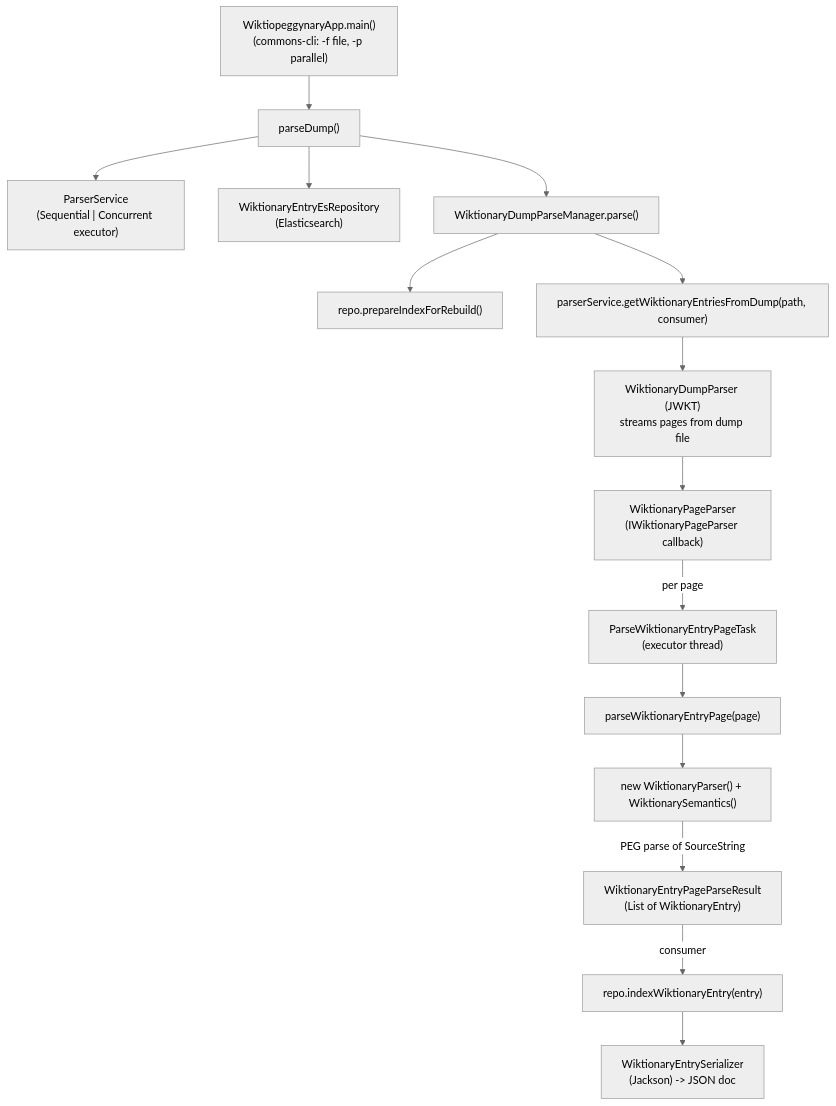
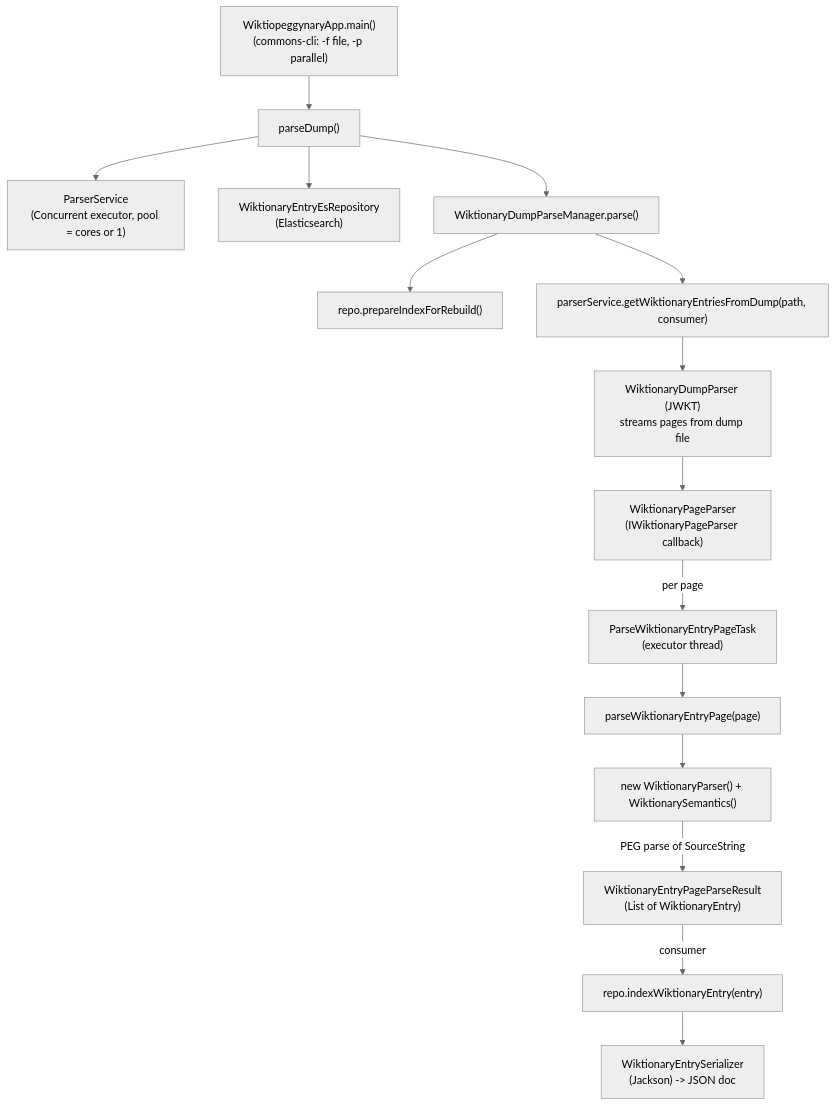
The diagram in ARCHITECTURE.md (krzysztof1980/wiktio-peggy-nary), drawn with Mermaid (neutral theme) before and after one commit. The commit also changed other lines of this file and 5 other files, not shown here.

Commit message:
Unify parser executors: pool-size parameter, zero-capacity queue bounds buffering

````diff
--- a/ARCHITECTURE.md
+++ b/ARCHITECTURE.md
@@ -16,17 +16,17 @@
 ```mermaid
 flowchart TD
   A["WiktiopeggynaryApp.main()<br/>(commons-cli: -f file, -p parallel)"] --> B["parseDump()"]
-  B --> C["ParserService<br/>(Sequential | Concurrent executor)"]
+  B --> C["ParserService<br/>(Concurrent executor, pool = cores or 1)"]
   B --> D["WiktionaryEntryEsRepository<br/>(Elasticsearch)"]
   B --> E["WiktionaryDumpParseManager.parse()"]
   E --> F["repo.prepareIndexForRebuild()"]
   E --> G["parserService.getWiktionaryEntriesFromDump(path, consumer)"]
   G --> H["WiktionaryDumpParser (JWKT)<br/>streams pages from dump file"]
   H --> I["WiktionaryPageParser<br/>(IWiktionaryPageParser callback)"]
   I -->|"per page"| J["ParseWiktionaryEntryPageTask<br/>(executor thread)"]
   J --> K["parseWiktionaryEntryPage(page)"]
   K --> L["new WiktionaryParser() + WiktionarySemantics()"]
   L -->|"PEG parse of SourceString"| M["WiktionaryEntryPageParseResult<br/>(List of WiktionaryEntry)"]
   M -->|"consumer"| N["repo.indexWiktionaryEntry(entry)"]
   N --> O["WiktionaryEntrySerializer<br/>(Jackson) -> JSON doc"]
 ```
````
